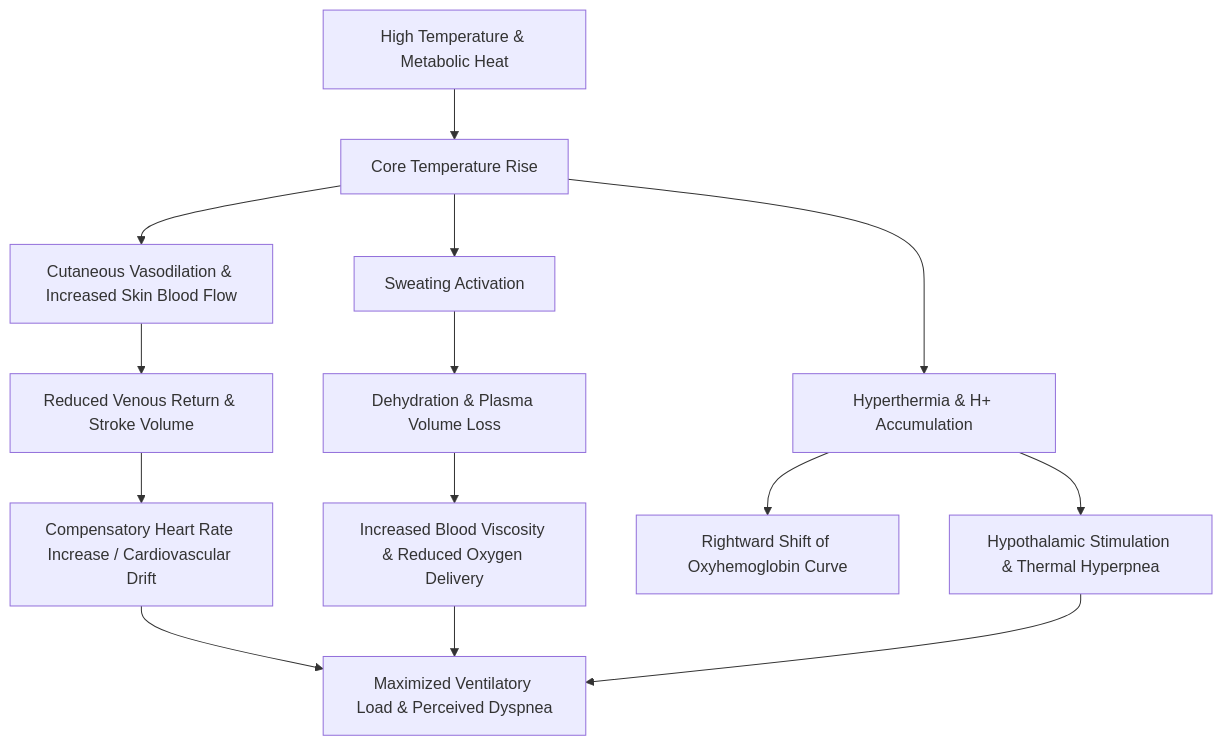
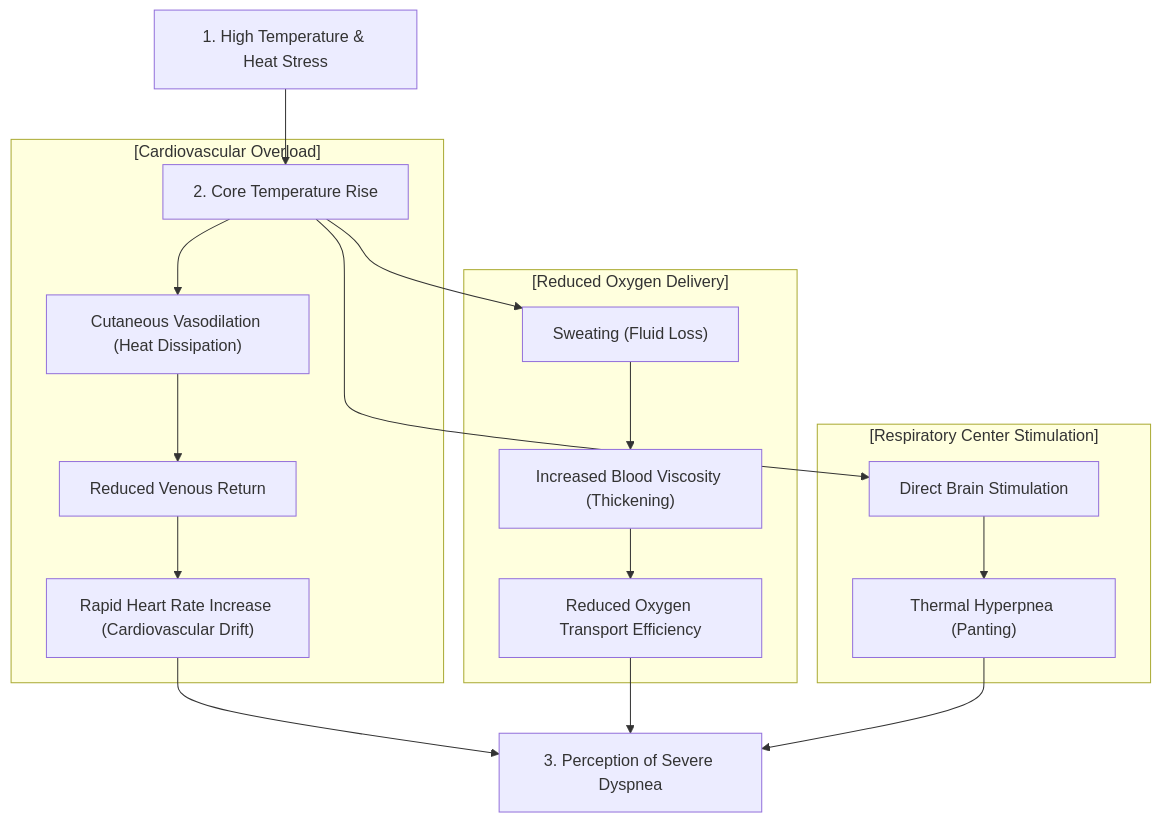
The diagram in _posts/en/2026-07-10-gasping-in-the-gym-why-hot-crossfit-workouts-steal.md (ethanpark0726/blog_automation), drawn with Mermaid before and after one commit. The commit also changed other lines of this file and 2 other files, not shown here.

````diff
--- a/_posts/en/2026-07-10-gasping-in-the-gym-why-hot-crossfit-workouts-steal.md
+++ b/_posts/en/2026-07-10-gasping-in-the-gym-why-hot-crossfit-workouts-steal.md
@@ -60,17 +54,23 @@
 ```mermaid
-graph TD
-    A[High Temperature & Metabolic Heat] --> B[Core Temperature Rise]
-    B --> C[Cutaneous Vasodilation & Increased Skin Blood Flow]
-    C --> D[Reduced Venous Return & Stroke Volume]
-    D --> E[Compensatory Heart Rate Increase / Cardiovascular Drift]
+flowchart TD
+    A["1. High Temperature & Heat Stress"] --> B["2. Core Temperature Rise"]
+    
+    subgraph C["[Cardiovascular Overload]"]
+        B --> C1["Cutaneous Vasodilation (Heat Dissipation)"]
+        C1 --> C2["Reduced Venous Return"]
+        C2 --> C3["Rapid Heart Rate Increase (Cardiovascular Drift)"]
+    end
 
-    B --> F[Sweating Activation]
-    F --> G[Dehydration & Plasma Volume Loss]
-    G --> H[Increased Blood Viscosity & Reduced Oxygen Delivery]
+    subgraph D["[Reduced Oxygen Delivery]"]
+        B --> D1["Sweating (Fluid Loss)"]
+        D1 --> D2["Increased Blood Viscosity (Thickening)"]
+        D2 --> D3["Reduced Oxygen Transport Efficiency"]
+    end
 
-    B --> I[Hyperthermia & H+ Accumulation]
-    I --> J[Rightward Shift of Oxyhemoglobin Curve]
-    I --> K[Hypothalamic Stimulation & Thermal Hyperpnea]
+    subgraph E["[Respiratory Center Stimulation]"]
+        B --> E1["Direct Brain Stimulation"]
+        E1 --> E2["Thermal Hyperpnea (Panting)"]
+    end
 
-    E & H & K --> L[Maximized Ventilatory Load & Perceived Dyspnea]
+    C3 & D3 & E2 --> F["3. Perception of Severe Dyspnea"]
 ```
````
